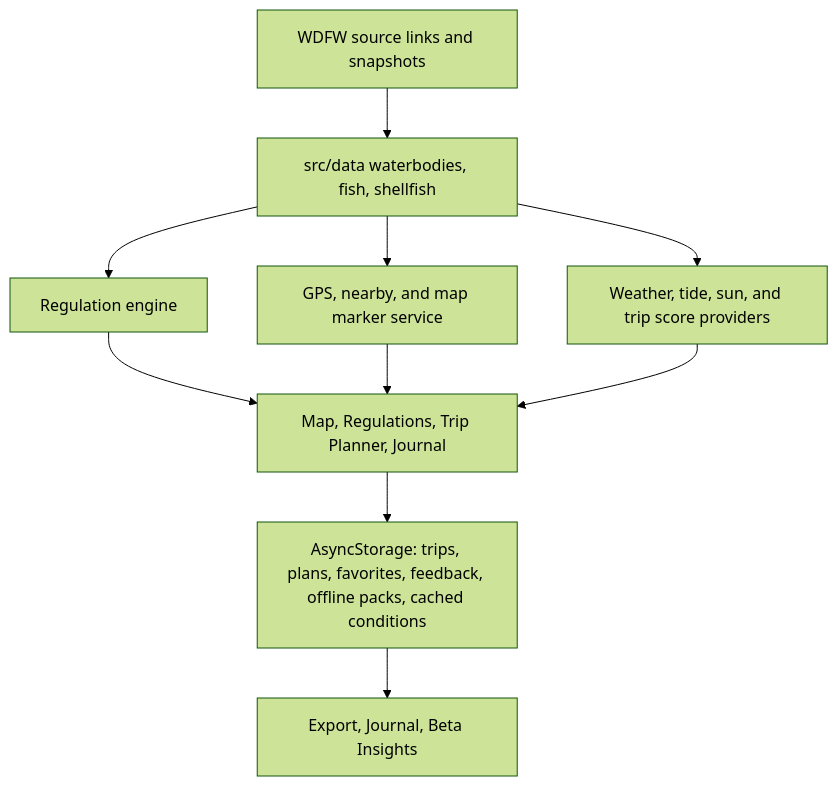
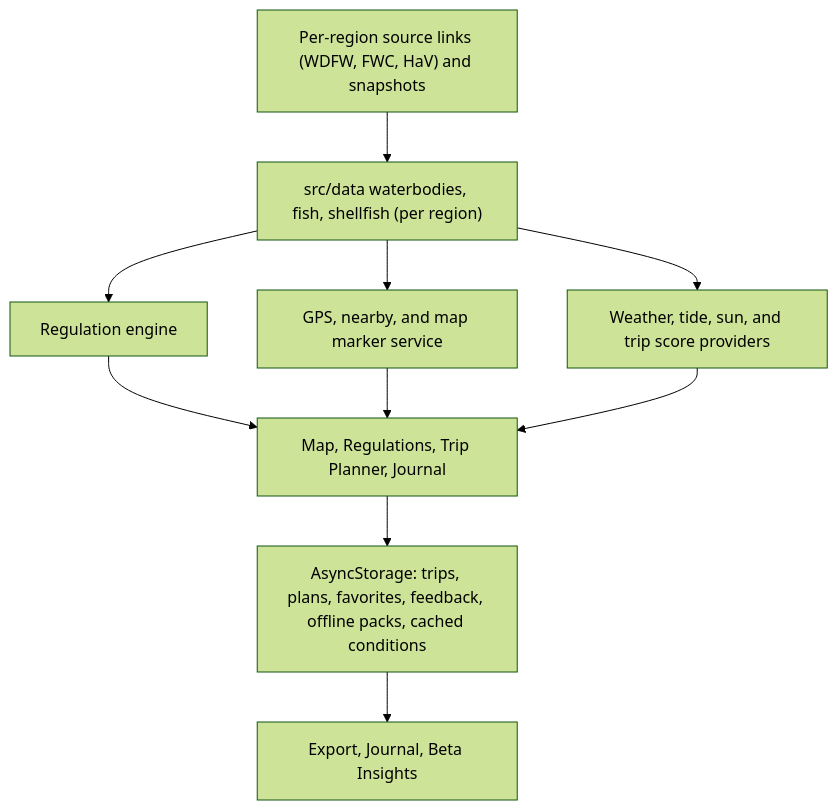
One commit to Aeh961/unskunked changed the first of 2 diagrams in README.md. Above: the diagram before and after it, drawn with Mermaid (forest theme). The commit also changed other lines of this file and 30 other files, not shown here.

````diff
--- a/README.md
+++ b/README.md
@@ -87,12 +88,12 @@
 ```mermaid
 flowchart TD
-  A["WDFW source links and snapshots"] --> B["src/data waterbodies, fish, shellfish"]
+  A["Per-region source links (WDFW, FWC, HaV) and snapshots"] --> B["src/data waterbodies, fish, shellfish (per region)"]
   B --> C["Regulation engine"]
   B --> D["GPS, nearby, and map marker service"]
   B --> E["Weather, tide, sun, and trip score providers"]
   C --> F["Map, Regulations, Trip Planner, Journal"]
   D --> F
   E --> F
   F --> G["AsyncStorage: trips, plans, favorites, feedback, offline packs, cached conditions"]
   G --> H["Export, Journal, Beta Insights"]
 ```
````
